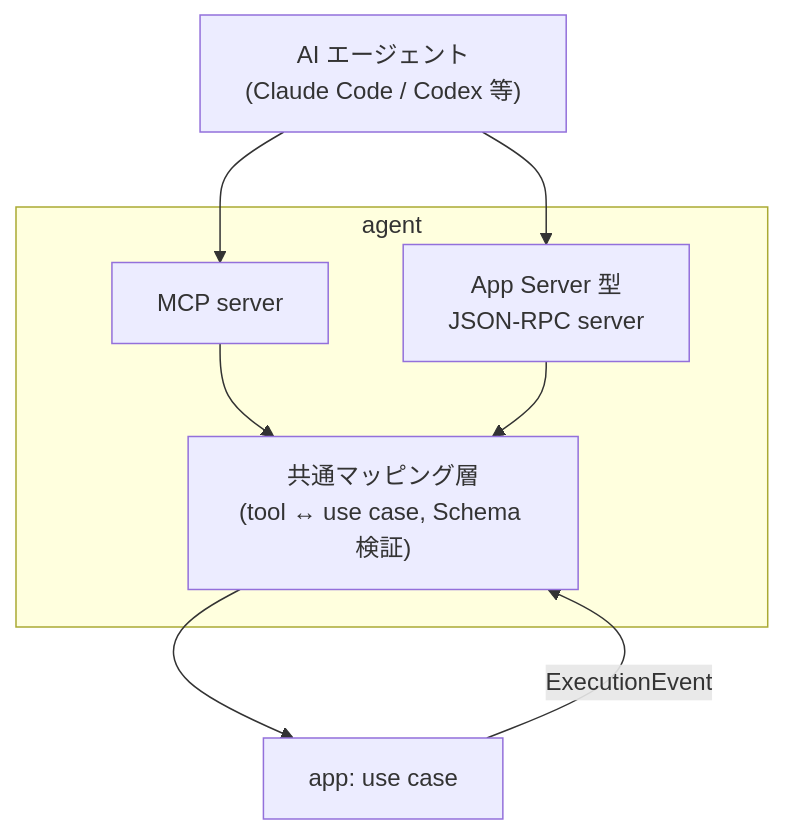
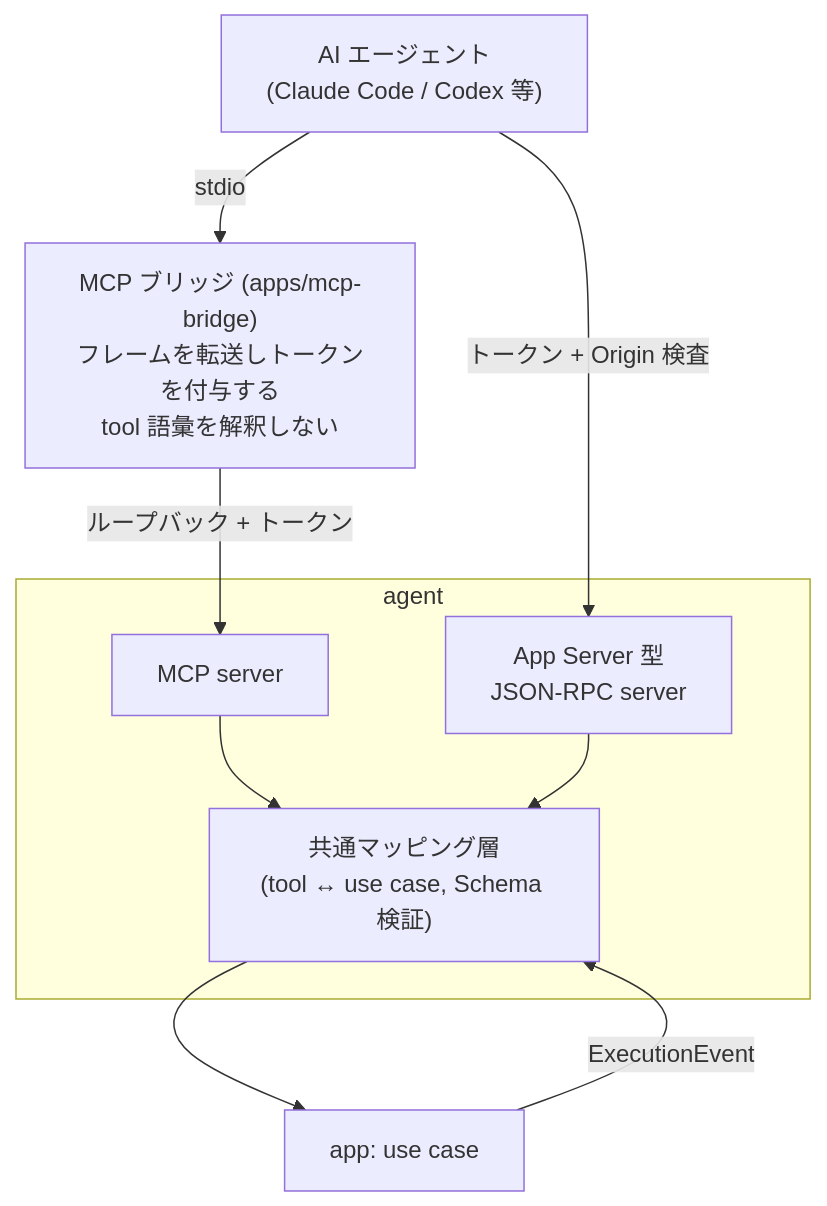
One commit to Fukuemon/screen-contract changed the second of 2 diagrams in design/features/agent-interface/DesignDoc_agent-interface.md. Above: the diagram before and after it, drawn with Mermaid. The commit also changed other lines of this file and 16 other files, not shown here.

````diff
--- a/design/features/agent-interface/DesignDoc_agent-interface.md
+++ b/design/features/agent-interface/DesignDoc_agent-interface.md
@@ -134,14 +170,15 @@
 ```mermaid
 flowchart TD
     subgraph agent
         mcp["MCP server"]
         rpc["App Server 型<br/>JSON-RPC server"]
         map["共通マッピング層<br/>(tool ↔ use case, Schema 検証)"]
     end
-    cli["AI エージェント<br/>(Claude Code / Codex 等)"] --> mcp
-    cli --> rpc
+    cli["AI エージェント<br/>(Claude Code / Codex 等)"] -->|"stdio"| bridge
+    bridge["MCP ブリッジ (apps/mcp-bridge)<br/>フレームを転送しトークンを付与する<br/>tool 語彙を解釈しない"] -->|"ループバック + トークン"| mcp
+    cli -->|"トークン + Origin 検査"| rpc
     mcp --> map
     rpc --> map
     map --> app["app: use case"]
     app -- ExecutionEvent --> map
 ```
````
